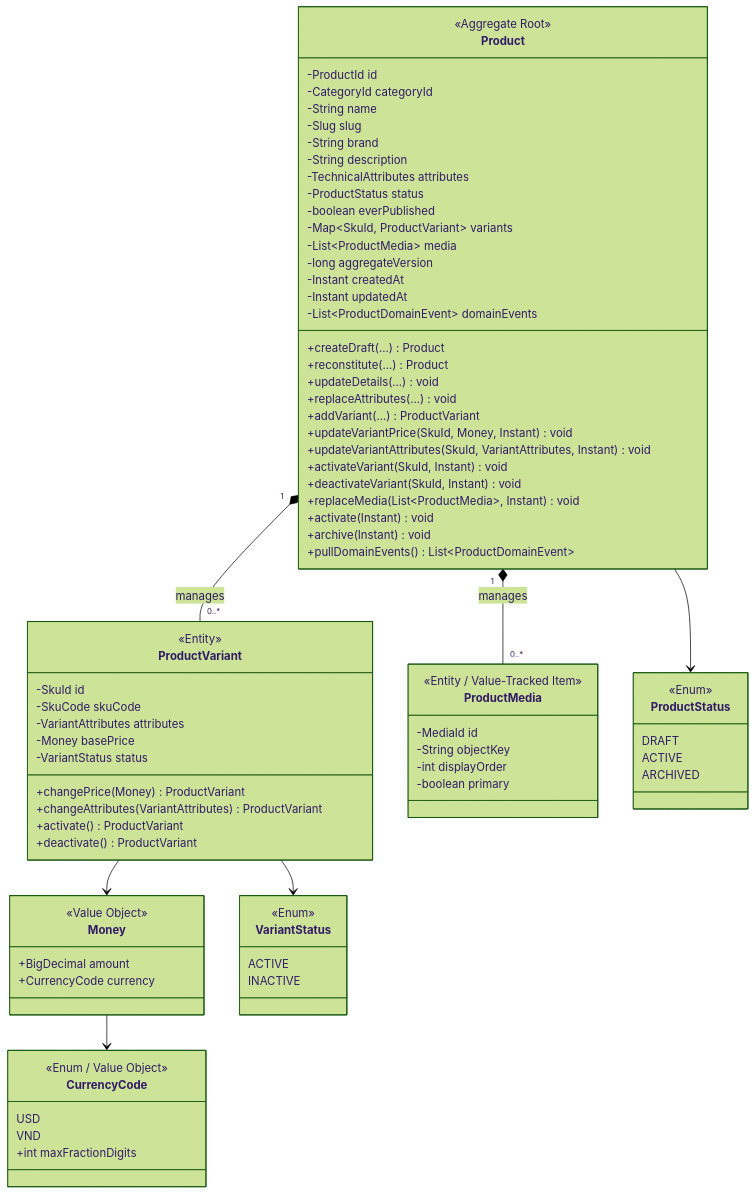
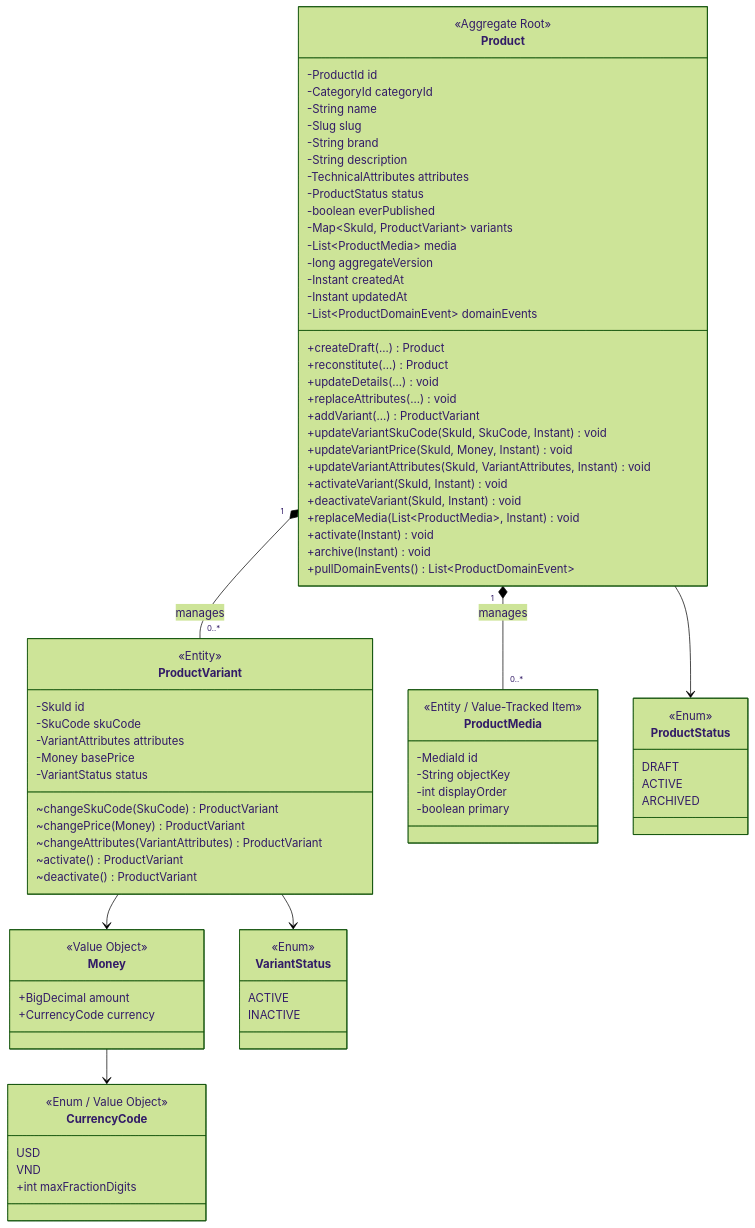
One commit to dev-atlas-lab/distributed-commerce-platform changed the first of 2 diagrams in docs/implementation/catalog/M1_3_1_PRODUCT_DOMAIN_BRIEF.md. Above: the diagram before and after it, drawn with Mermaid (forest theme). The commit also changed other lines of this file and 1 other file, not shown here.

Commit message:
docs(catalog): apply M1.3.1 Product domain review decisions and move ProductRepository port to Application

```diff
--- a/docs/implementation/catalog/M1_3_1_PRODUCT_DOMAIN_BRIEF.md
+++ b/docs/implementation/catalog/M1_3_1_PRODUCT_DOMAIN_BRIEF.md
@@ -142,6 +155,7 @@
         +updateDetails(...) void
         +replaceAttributes(...) void
         +addVariant(...) ProductVariant
+        +updateVariantSkuCode(SkuId, SkuCode, Instant) void
         +updateVariantPrice(SkuId, Money, Instant) void
         +updateVariantAttributes(SkuId, VariantAttributes, Instant) void
         +activateVariant(SkuId, Instant) void
@@ -159,10 +173,11 @@
         -VariantAttributes attributes
         -Money basePrice
         -VariantStatus status
-        +changePrice(Money) ProductVariant
-        +changeAttributes(VariantAttributes) ProductVariant
-        +activate() ProductVariant
-        +deactivate() ProductVariant
+        ~changeSkuCode(SkuCode) ProductVariant
+        ~changePrice(Money) ProductVariant
+        ~changeAttributes(VariantAttributes) ProductVariant
+        ~activate() ProductVariant
+        ~deactivate() ProductVariant
     }
 
     class ProductMedia {
```
